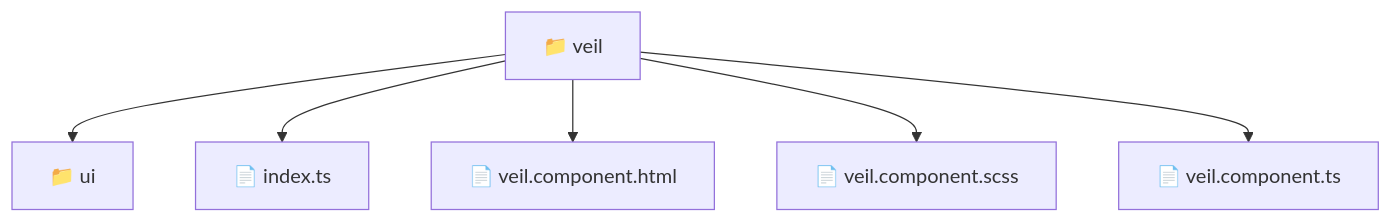
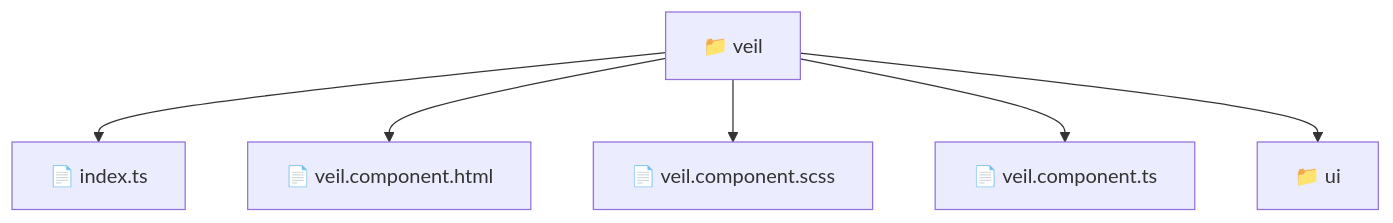
Before and after one commit to beginwebdev2002/fullstack-mavluda: the diagram in frontend/src/pages/veil/README.md, drawn with Mermaid. The commit also changed other lines of this file and 166 other files, not shown here.

First line of the commit message:
docs: generate repository-wide architectural README files

````diff
--- a/frontend/src/pages/veil/README.md
+++ b/frontend/src/pages/veil/README.md
@@ -11,9 +11,14 @@
 ```mermaid
 graph TD
-  Root["📁 veil"]
-  Root --> ui["📁 ui"]
-  Root --> index_ts["📄 index.ts"]
-  Root --> veil_component_html["📄 veil.component.html"]
-  Root --> veil_component_scss["📄 veil.component.scss"]
-  Root --> veil_component_ts["📄 veil.component.ts"]
+  f_Root_veil["📁 veil"]
+  f_index_ts["📄 index.ts"]
+  f_Root_veil --> f_index_ts
+  f_veil_component_html["📄 veil.component.html"]
+  f_Root_veil --> f_veil_component_html
+  f_veil_component_scss["📄 veil.component.scss"]
+  f_Root_veil --> f_veil_component_scss
+  f_veil_component_ts["📄 veil.component.ts"]
+  f_Root_veil --> f_veil_component_ts
+  f_Dir_ui["📁 ui"]
+  f_Root_veil --> f_Dir_ui
 ```
````
